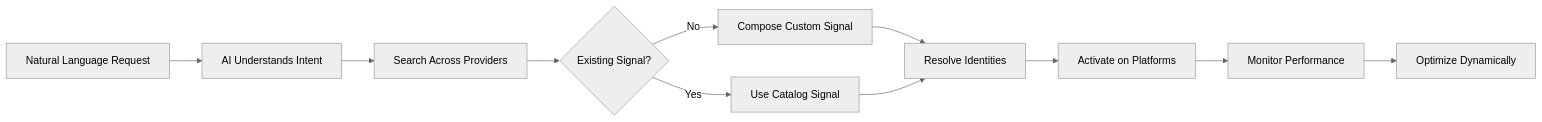
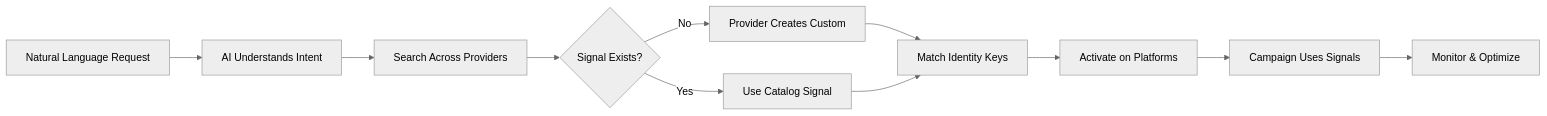
One commit to adcontextprotocol/adcp changed the diagram in docs/signals/overview.md. Above: the diagram before and after it, drawn with Mermaid (neutral theme). The commit also changed other lines of this file, not shown here.

First line of the commit message:
Fix technical accuracy of signal composition examples

````diff
--- a/docs/signals/overview.md
+++ b/docs/signals/overview.md
@@ -194,13 +223,13 @@
 ```mermaid
 flowchart LR
     A[Natural Language Request] --> B[AI Understands Intent]
     B --> C[Search Across Providers]
-    C --> D{Existing Signal?}
-    D -->|No| E[Compose Custom Signal]
+    C --> D{Signal Exists?}
+    D -->|No| E[Provider Creates Custom]
     D -->|Yes| F[Use Catalog Signal]
-    E --> G[Resolve Identities]
+    E --> G[Match Identity Keys]
     F --> G
     G --> H[Activate on Platforms]
-    H --> I[Monitor Performance]
-    I --> J[Optimize Dynamically]
+    H --> I[Campaign Uses Signals]
+    I --> J[Monitor & Optimize]
 ```
````
